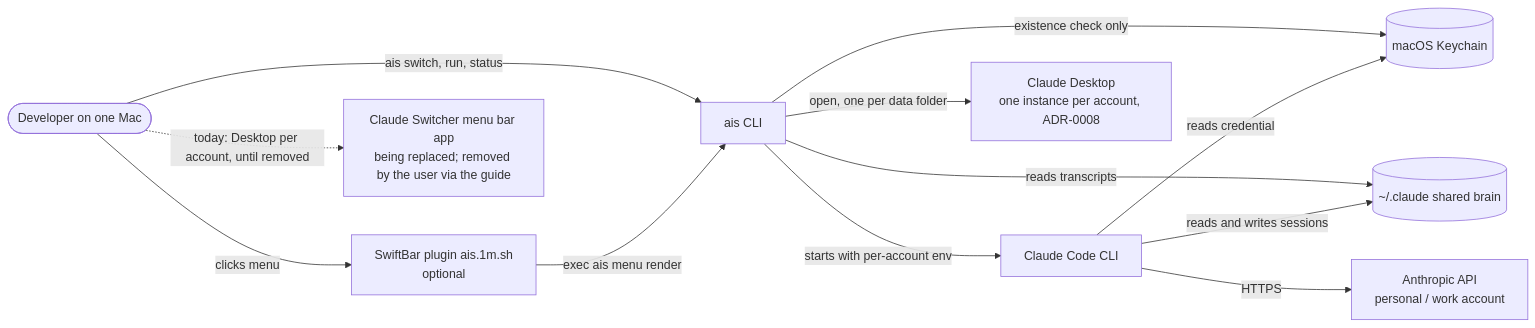
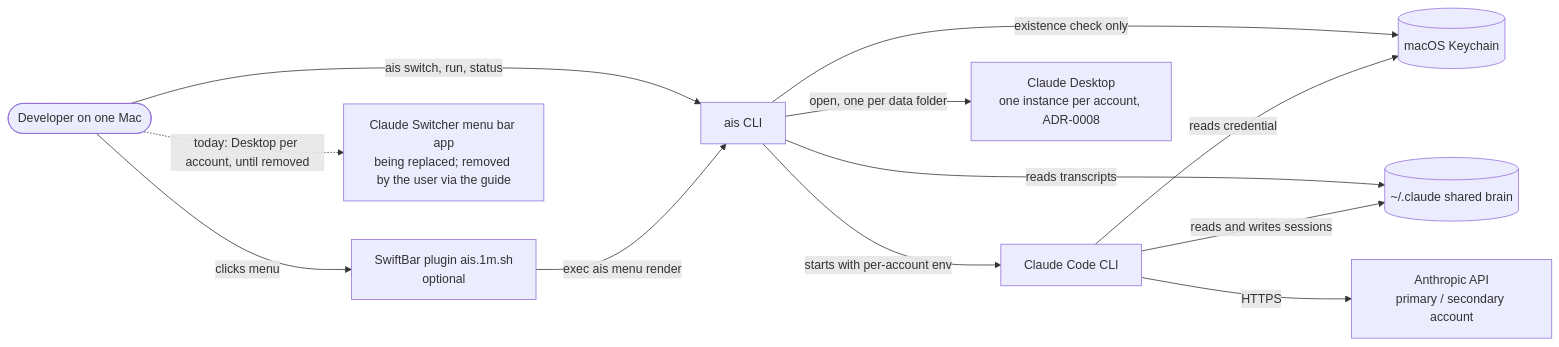
Before and after one commit to rojcarranza/ai-account-switcher: the first of 2 diagrams in docs/architecture.md, drawn with Mermaid. The commit also changed other lines of this file and 25 other files, not shown here.

First line of the commit message:
feat(setup): suggest primary and secondary account names

````diff
--- a/docs/architecture.md
+++ b/docs/architecture.md
@@ -10,23 +10,23 @@
 ```mermaid
 flowchart LR
   user([Developer on one Mac])
   ais[ais CLI]
   bar[SwiftBar plugin ais.1m.sh<br/>optional]
   claude[Claude Code CLI]
   cs[Claude Switcher menu bar app<br/>being replaced; removed by the user via the guide]
   desk[Claude Desktop<br/>one instance per account, ADR-0008]
   kc[(macOS Keychain)]
   shared[(~/.claude shared brain)]
-  anth[Anthropic API<br/>personal / work account]
+  anth[Anthropic API<br/>primary / secondary account]
   user -->|ais switch, run, status| ais
   user -->|clicks menu| bar
   bar -->|exec ais menu render| ais
   user -.->|today: Desktop per account, until removed| cs
   ais -->|starts with per-account env| claude
   ais -->|open, one per data folder| desk
   ais -->|existence check only| kc
   ais -->|reads transcripts| shared
   claude -->|reads credential| kc
   claude -->|reads and writes sessions| shared
   claude -->|HTTPS| anth
 ```
````
